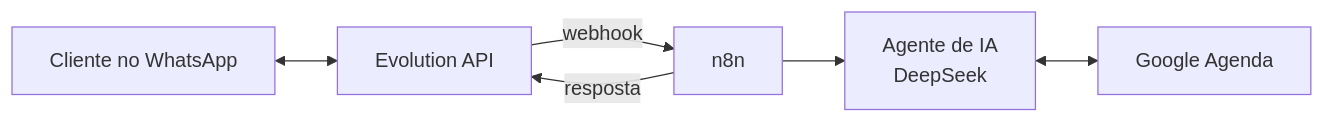
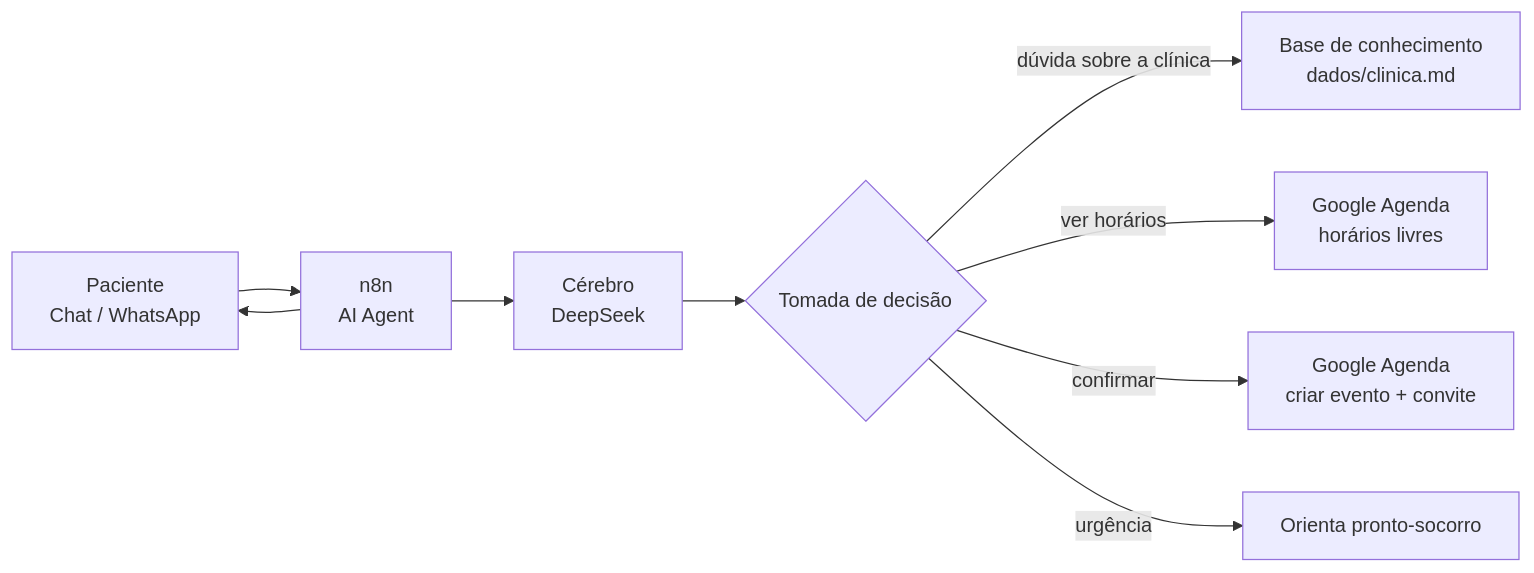
Before and after one commit to kbrianps/jabuticaba: the diagram in README.md, drawn with Mermaid. The commit also changed other lines of this file and 3 other files, not shown here.

First line of the commit message:
Ajusta o plano ao roteiro do professor e adiciona prompt, base de conhecimento e rascunho do relatório

````diff
--- a/README.md
+++ b/README.md
@@ -15,8 +36,11 @@
 ```mermaid
 flowchart LR
-    U[Cliente no WhatsApp] <--> E[Evolution API]
-    E -- webhook --> N[n8n]
-    N --> A[Agente de IA<br/>DeepSeek]
-    A <--> G[Google Agenda]
-    N -- resposta --> E
+    U[Paciente<br/>Chat / WhatsApp] --> N[n8n<br/>AI Agent]
+    N --> L[Cérebro<br/>DeepSeek]
+    L --> D{Tomada de decisão}
+    D -- dúvida sobre a clínica --> K[Base de conhecimento<br/>dados/clinica.md]
+    D -- ver horários --> G1[Google Agenda<br/>horários livres]
+    D -- confirmar --> G2[Google Agenda<br/>criar evento + convite]
+    D -- urgência --> P[Orienta pronto-socorro]
+    N --> U
 ```
````
